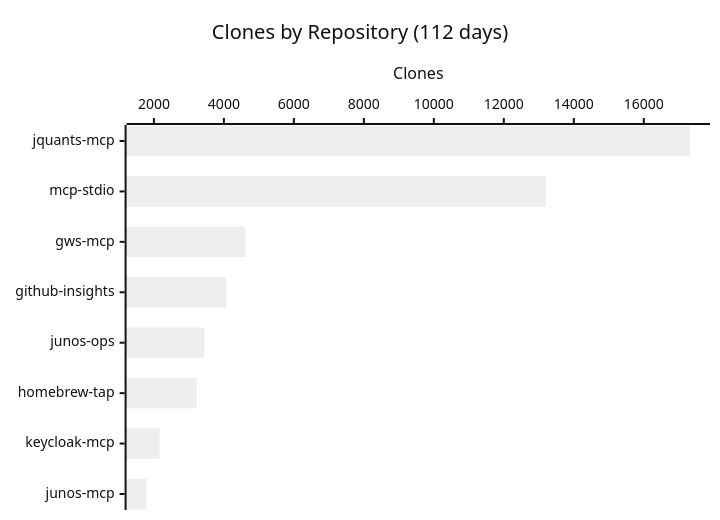
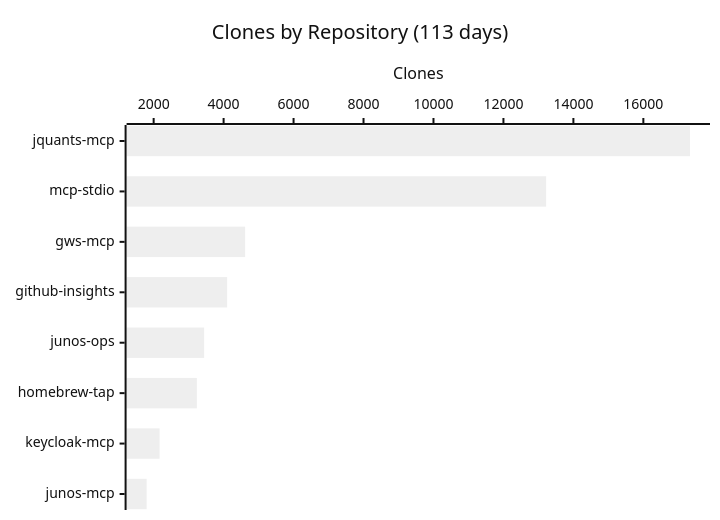
Before and after one commit to shigechika/github-insights: the fourth of 4 diagrams in README.md, drawn with Mermaid (neutral theme). The commit also changed other lines of this file and 2 other files, not shown here.

````diff
--- a/README.md
+++ b/README.md
@@ -58,7 +58,7 @@
 ```mermaid
 xychart-beta horizontal
-    title "Clones by Repository (112 days)"
+    title "Clones by Repository (113 days)"
     x-axis ["jquants-mcp", "mcp-stdio", "gws-mcp", "github-insights", "junos-ops", "homebrew-tap", "keycloak-mcp", "junos-mcp"]
     y-axis "Clones"
-    bar [17320, 13202, 4611, 4079, 3441, 3227, 2163, 1792]
+    bar [17333, 13221, 4616, 4101, 3443, 3236, 2169, 1799]
 ```
````
